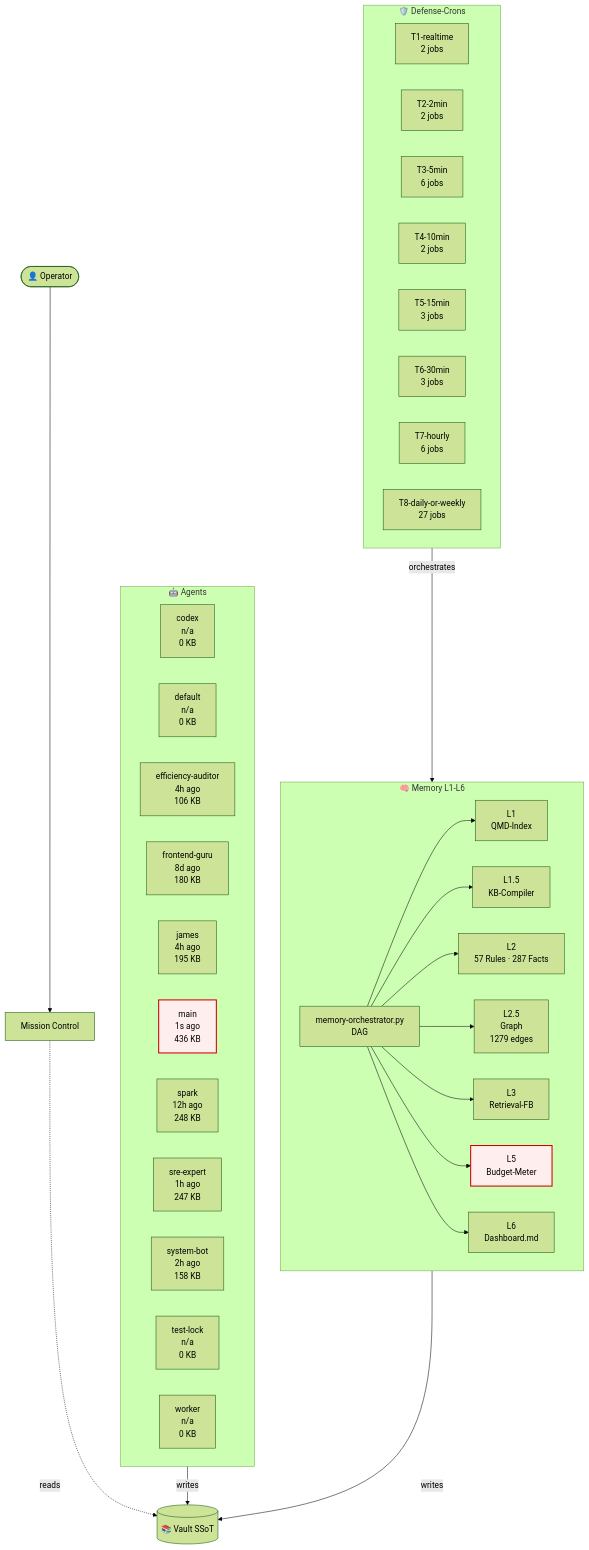
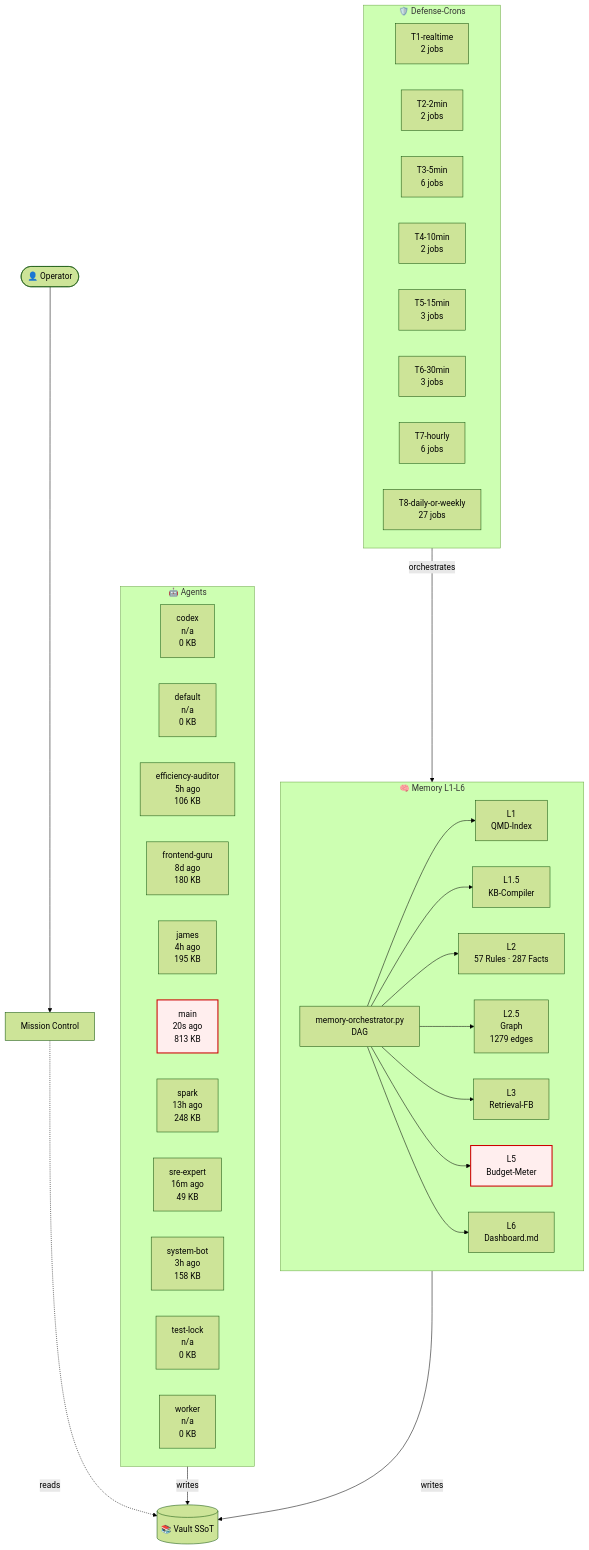
Before and after one commit to lenardhuebner88-rgb/openclaw-memory: the diagram in 03-Agents/architecture-live.md, drawn with Mermaid (forest theme). The commit also changed other lines of this file and 14 other files, not shown here.

````diff
--- a/03-Agents/architecture-live.md
+++ b/03-Agents/architecture-live.md
@@ -18,54 +18,54 @@
 ```mermaid
 flowchart TB
     classDef critical fill:#fee,stroke:#c00,stroke-width:2px;
     subgraph AGT["🤖 Agents"]
         agent_codex["codex<br/>n/a<br/>0 KB"]
         agent_default["default<br/>n/a<br/>0 KB"]
-        agent_efficiency_auditor["efficiency-auditor<br/>4h ago<br/>106 KB"]
+        agent_efficiency_auditor["efficiency-auditor<br/>5h ago<br/>106 KB"]
         agent_frontend_guru["frontend-guru<br/>8d ago<br/>180 KB"]
         agent_james["james<br/>4h ago<br/>195 KB"]
-        agent_main["main<br/>1s ago<br/>436 KB"]
-        agent_spark["spark<br/>12h ago<br/>248 KB"]
-        agent_sre_expert["sre-expert<br/>1h ago<br/>247 KB"]
-        agent_system_bot["system-bot<br/>2h ago<br/>158 KB"]
+        agent_main["main<br/>20s ago<br/>813 KB"]
+        agent_spark["spark<br/>13h ago<br/>248 KB"]
+        agent_sre_expert["sre-expert<br/>16m ago<br/>49 KB"]
+        agent_system_bot["system-bot<br/>3h ago<br/>158 KB"]
         agent_test_lock["test-lock<br/>n/a<br/>0 KB"]
         agent_worker["worker<br/>n/a<br/>0 KB"]
     end
     subgraph MEM["🧠 Memory L1-L6"]
         L1["L1<br/>QMD-Index"]
         L15["L1.5<br/>KB-Compiler"]
         L2["L2<br/>57 Rules · 287 Facts"]
         L25["L2.5<br/>Graph<br/>1279 edges"]
         L3["L3<br/>Retrieval-FB"]
         L5["L5<br/>Budget-Meter"]
         L6["L6<br/>Dashboard.md"]
         ORCH["memory-orchestrator.py<br/>DAG"]
     end
     subgraph CRN["🛡️ Defense-Crons"]
         tier_T1_realtime["T1-realtime<br/>2 jobs"]
         tier_T2_2min["T2-2min<br/>2 jobs"]
         tier_T3_5min["T3-5min<br/>6 jobs"]
         tier_T4_10min["T4-10min<br/>2 jobs"]
         tier_T5_15min["T5-15min<br/>3 jobs"]
         tier_T6_30min["T6-30min<br/>3 jobs"]
         tier_T7_hourly["T7-hourly<br/>6 jobs"]
         tier_T8_daily_or_weekly["T8-daily-or-weekly<br/>27 jobs"]
     end
     VAULT[("📚 Vault SSoT")]
     OP([👤 Operator])
     MC["Mission Control"]
     OP --> MC
     MC -.reads.-> VAULT
     AGT -->|writes| VAULT
     MEM -->|writes| VAULT
     ORCH --> L1
     ORCH --> L15
     ORCH --> L2
     ORCH --> L25
     ORCH --> L3
     ORCH --> L5
     ORCH --> L6
     CRN -->|orchestrates| MEM
     class L5 critical
     class agent_main critical
 ```
````
